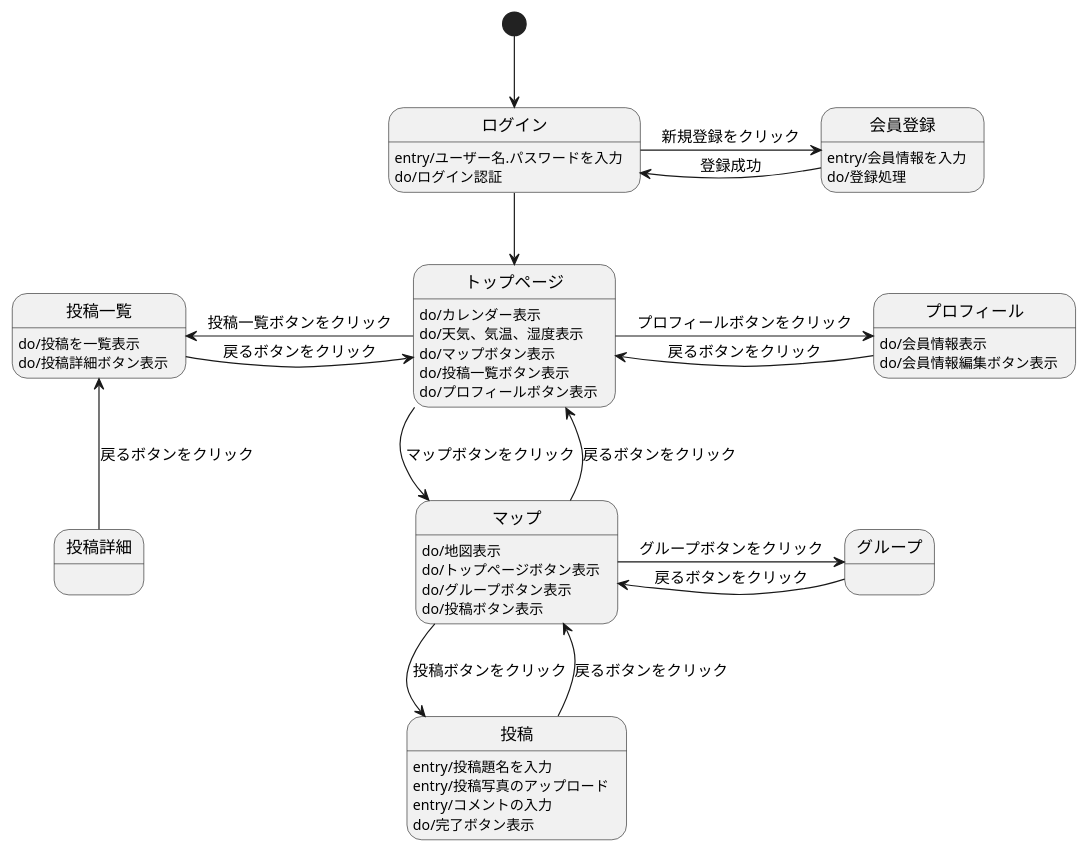
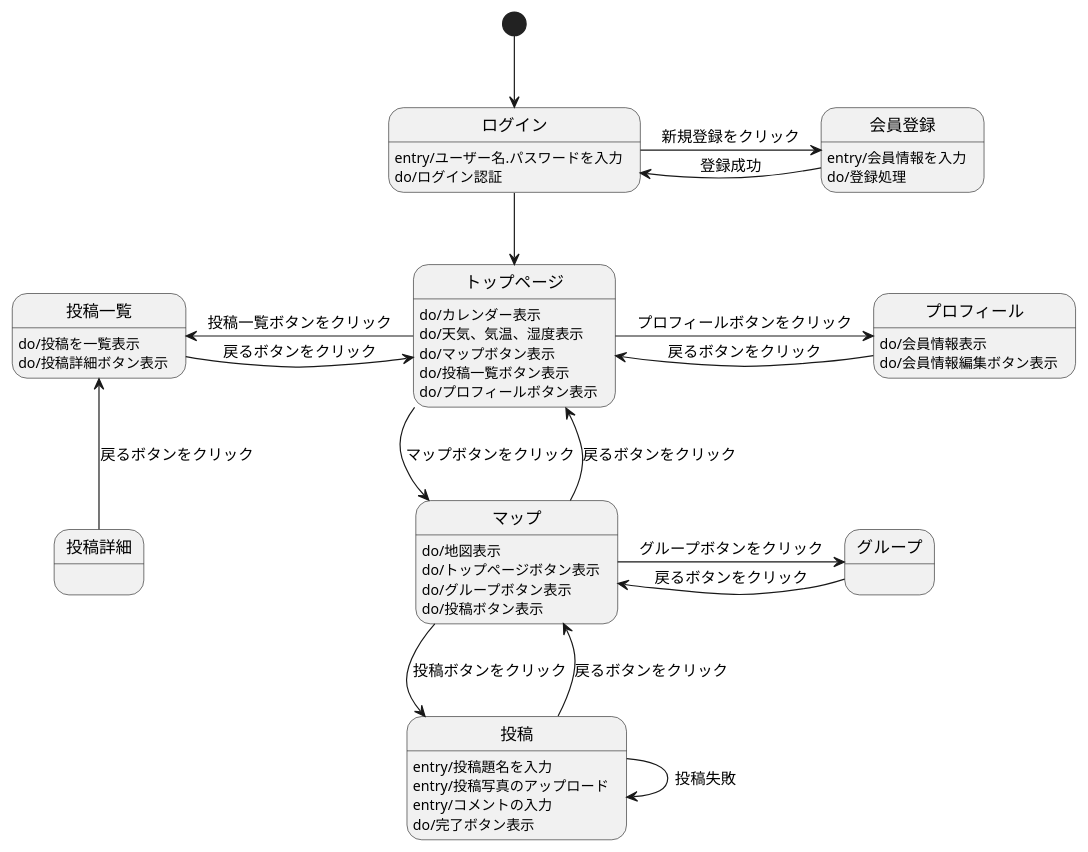
The diagram in 03_画面遷移図/画面遷移図.md (Aso2001031/System4_ver2.0), drawn with PlantUML before and after one commit.

````diff
--- a/03_画面遷移図/画面遷移図.md
+++ b/03_画面遷移図/画面遷移図.md
@@ -1,54 +1,55 @@
 ```uml
 @startuml
 
 [*] -down-> ログイン
 
 ログイン -down-> トップページ
 ログイン : entry/ユーザー名.パスワードを入力 
 ログイン : do/ログイン認証 
 ログイン -> 会員登録 : 新規登録をクリック
 
 会員登録 -> ログイン : 登録成功
 会員登録 : entry/会員情報を入力 
 会員登録 : do/登録処理
 
 トップページ : do/カレンダー表示
 トップページ : do/天気、気温、湿度表示
 トップページ : do/マップボタン表示
 トップページ : do/投稿一覧ボタン表示
 トップページ : do/プロフィールボタン表示
 トップページ -down-> マップ : マップボタンをクリック
 トップページ -left-> 投稿一覧 : 投稿一覧ボタンをクリック
 トップページ -right-> プロフィール :プロフィールボタンをクリック
 
 マップ -up-> トップページ : 戻るボタンをクリック
 マップ : do/地図表示
 マップ : do/トップページボタン表示
 マップ : do/グループボタン表示
 マップ : do/投稿ボタン表示
 マップ -down-> 投稿 : 投稿ボタンをクリック
 マップ -right-> グループ : グループボタンをクリック
 
 投稿一覧 -right-> トップページ : 戻るボタンをクリック
 投稿一覧 : do/投稿を一覧表示
 投稿一覧 : do/投稿詳細ボタン表示
 
 プロフィール -left-> トップページ : 戻るボタンをクリック
 プロフィール : do/会員情報表示
 プロフィール : do/会員情報編集ボタン表示
 
 投稿 -up-> マップ : 戻るボタンをクリック
 投稿 : entry/投稿題名を入力
 投稿 : entry/投稿写真のアップロード
 投稿 : entry/コメントの入力
 投稿 : do/完了ボタン表示
+投稿 -> 投稿 : 投稿失敗
 
 グループ -left-> マップ : 戻るボタンをクリック 
 グループ : 
 
 投稿詳細 -up-> 投稿一覧 : 戻るボタンをクリック
 投稿詳細 : 
 
 
 @enduml
 ```
````
